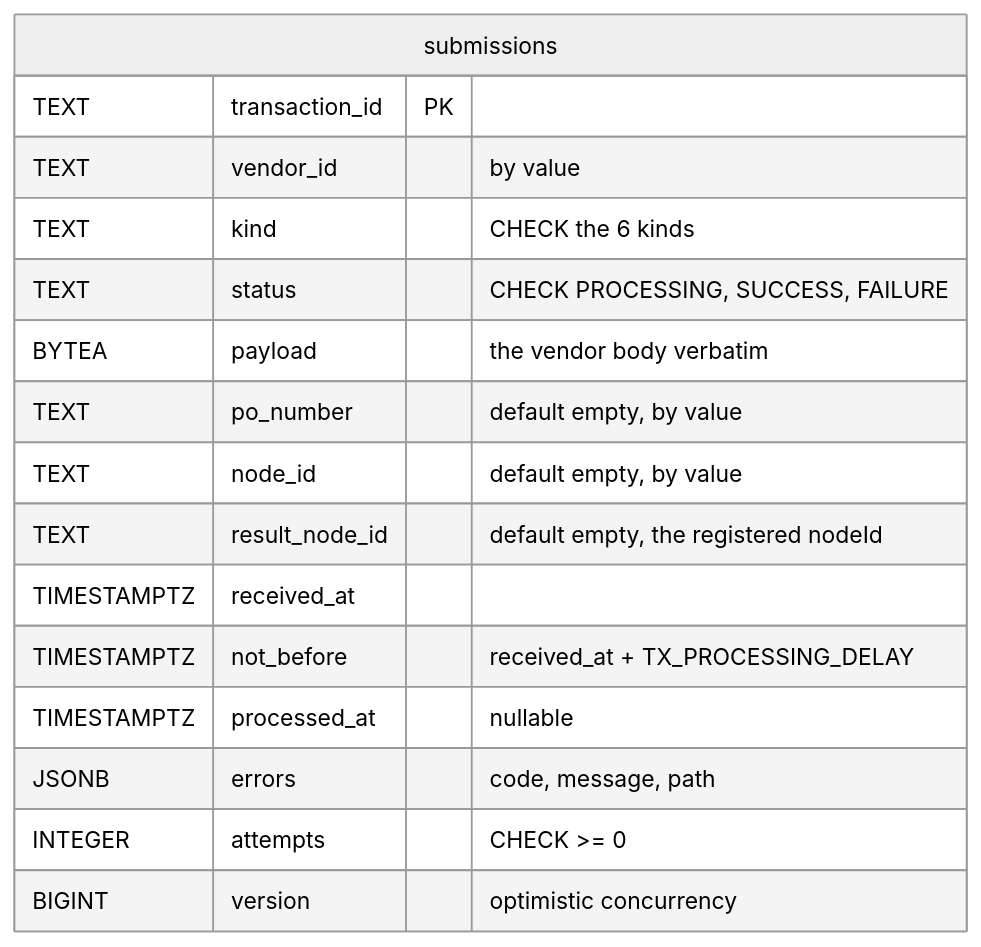
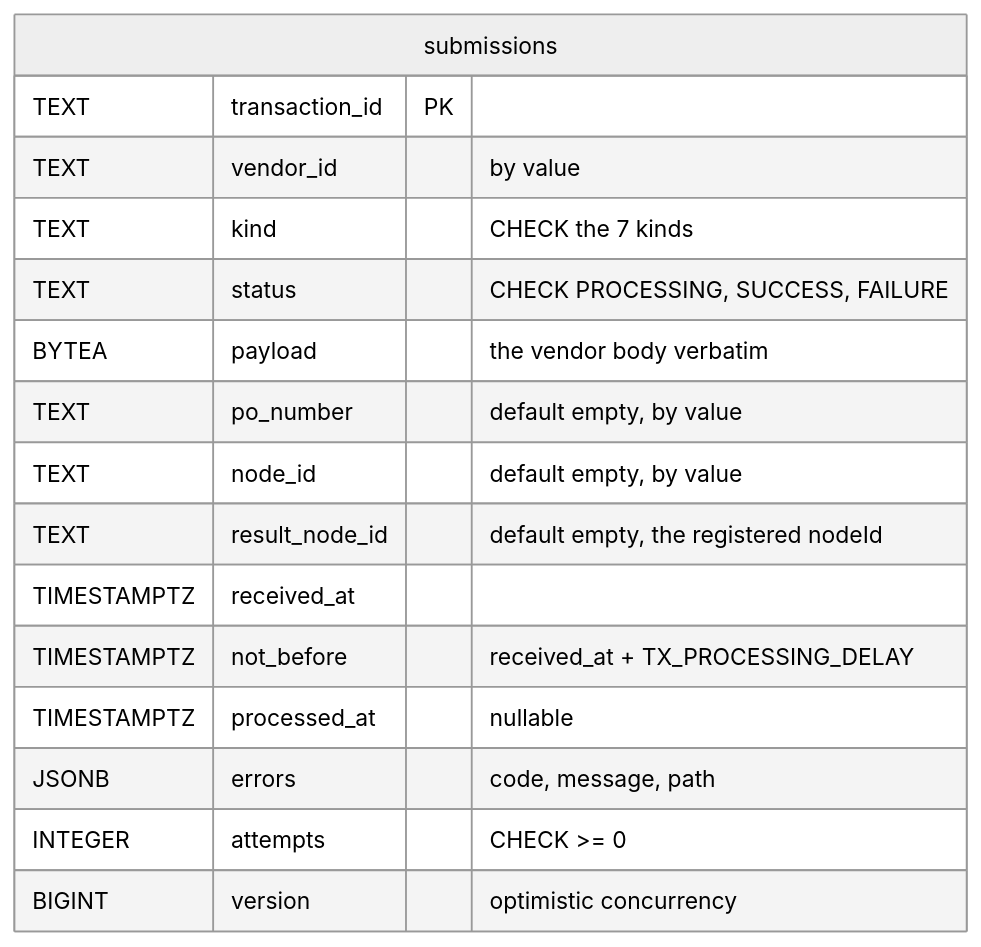
One commit to IQVO/vendor-connectivity changed the third of 5 diagrams in docs/docs/ddd/entity-relationship.md. Above: the diagram before and after it, drawn with Mermaid (neutral theme). The commit also changed other lines of this file and 15 other files, not shown here.

````diff
--- a/docs/docs/ddd/entity-relationship.md
+++ b/docs/docs/ddd/entity-relationship.md
@@ -74,19 +74,19 @@
 ```mermaid
 erDiagram
     submissions {
         TEXT transaction_id PK
         TEXT vendor_id "by value"
-        TEXT kind "CHECK the 6 kinds"
+        TEXT kind "CHECK the 7 kinds"
         TEXT status "CHECK PROCESSING, SUCCESS, FAILURE"
         BYTEA payload "the vendor body verbatim"
         TEXT po_number "default empty, by value"
         TEXT node_id "default empty, by value"
         TEXT result_node_id "default empty, the registered nodeId"
         TIMESTAMPTZ received_at
         TIMESTAMPTZ not_before "received_at + TX_PROCESSING_DELAY"
         TIMESTAMPTZ processed_at "nullable"
         JSONB errors "code, message, path"
         INTEGER attempts "CHECK >= 0"
         BIGINT version "optimistic concurrency"
     }
 ```
````
